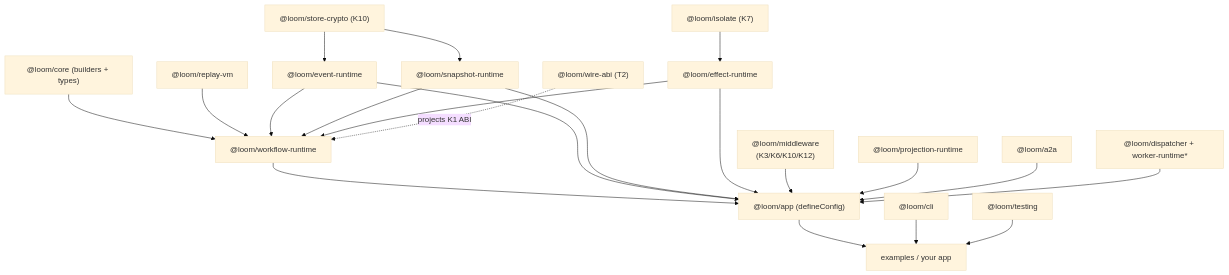
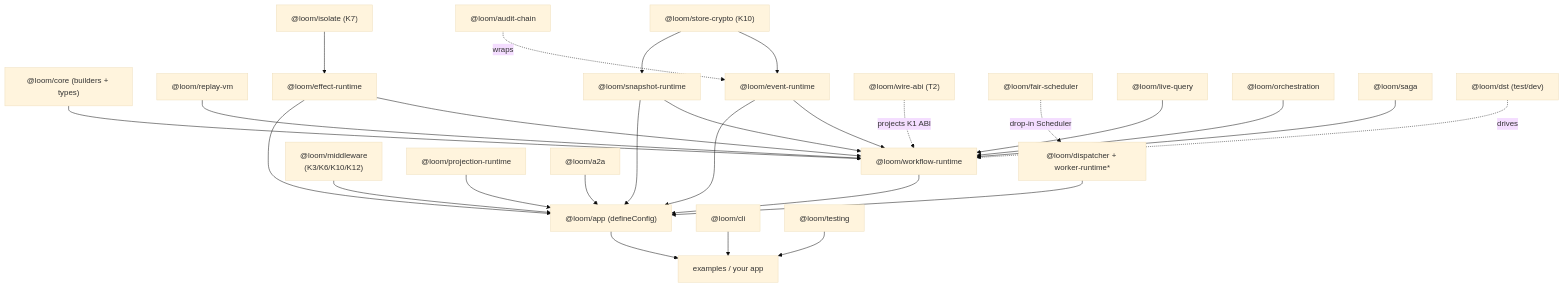
One commit to chhetrisushil/loom changed diagram 12 of 12 in docs/architecture.md. Above: the diagram before and after it, drawn with Mermaid (base theme). The commit also changed other lines of this file and 5 other files, not shown here.

First line of the commit message:
docs: sync docs & diagrams with the three-direction arc (ADRs 0036-0041)

````diff
--- a/docs/architecture.md
+++ b/docs/architecture.md
@@ -357,32 +406,39 @@
 ```mermaid
 flowchart TB
   core["@loom/core (builders + types)"]
   replay["@loom/replay-vm"]
   events["@loom/event-runtime"]
   snap["@loom/snapshot-runtime"]
   effects["@loom/effect-runtime"]
   wrt["@loom/workflow-runtime"]
   app["@loom/app (defineConfig)"]
 
   core --> wrt
   replay --> wrt
   events --> wrt
   snap --> wrt
   effects --> wrt
   wrt --> app
   events --> app
   snap --> app
   effects --> app
   mw["@loom/middleware<br/>(K3/K6/K10/K12)"] --> app
   proj["@loom/projection-runtime"] --> app
   a2a["@loom/a2a"] --> app
   iso["@loom/isolate (K7)"] --> effects
   crypto["@loom/store-crypto (K10)"] --> events
   crypto --> snap
   wire["@loom/wire-abi (T2)"] -. "projects K1 ABI" .-> wrt
 
   app --> examples["examples / your app"]
   cli["@loom/cli"] --> examples
   testing["@loom/testing"] --> examples
   disp["@loom/dispatcher + worker-runtime*"] --> app
+
+  audit["@loom/audit-chain"] -. wraps .-> events
+  fair["@loom/fair-scheduler"] -. "drop-in Scheduler" .-> disp
+  lq["@loom/live-query"] --> wrt
+  orch["@loom/orchestration"] --> wrt
+  saga["@loom/saga"] --> wrt
+  dst["@loom/dst (test/dev)"] -. drives .-> wrt
 ```
````
